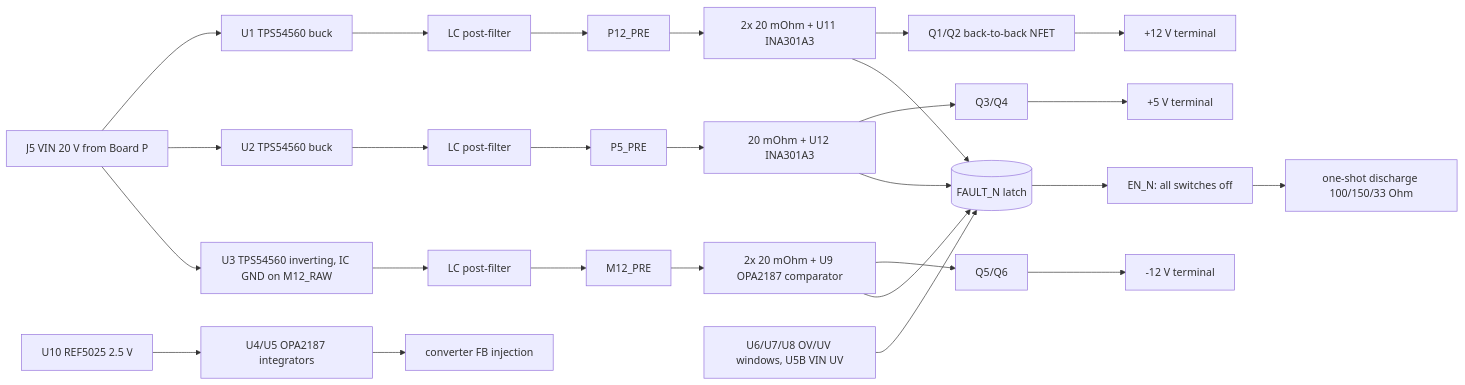
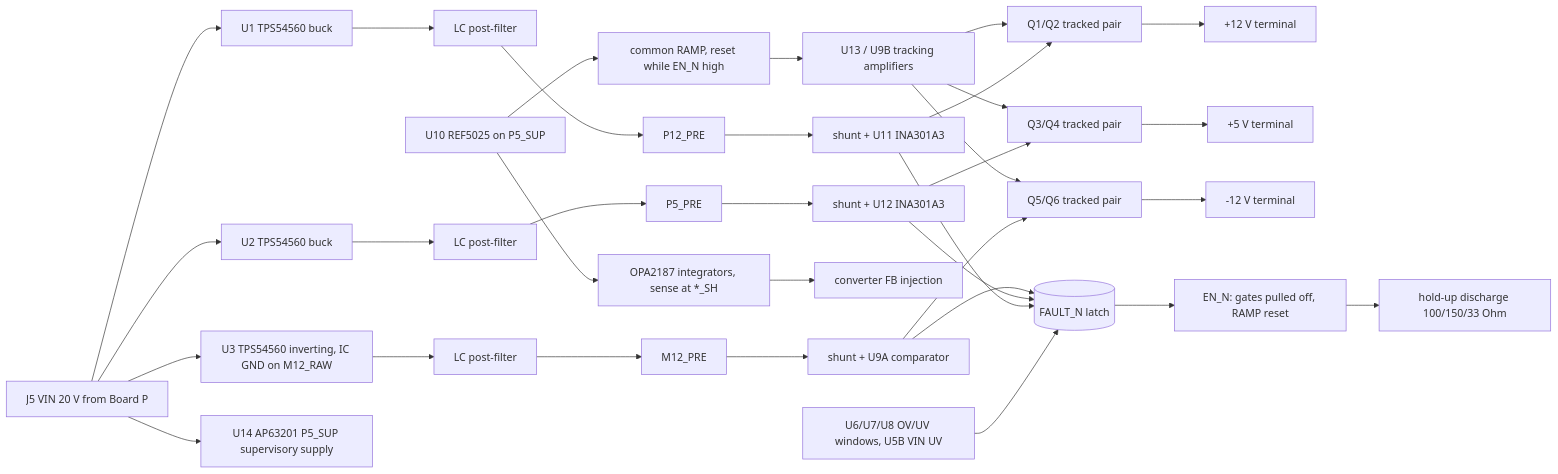
One commit to Takazudo/zudo-pd changed the diagram in manufacturing/board-b-20v-switcher-direct-draft.md. Above: the diagram before and after it, drawn with Mermaid. The commit also changed other lines of this file and 73 other files, not shown here.

````diff
--- a/manufacturing/board-b-20v-switcher-direct-draft.md
+++ b/manufacturing/board-b-20v-switcher-direct-draft.md
@@ -27,15 +30,19 @@
 ```mermaid
 flowchart LR
   VIN[J5 VIN 20 V from Board P] --> U1[U1 TPS54560 buck] --> F1[LC post-filter] --> P12[P12_PRE]
   VIN --> U2[U2 TPS54560 buck] --> F2[LC post-filter] --> P5[P5_PRE]
   VIN --> U3[U3 TPS54560 inverting, IC GND on M12_RAW] --> F3[LC post-filter] --> M12[M12_PRE]
-  P12 --> SH1[2x 20 mOhm + U11 INA301A3] --> SW1[Q1/Q2 back-to-back NFET] --> O12[+12 V terminal]
-  P5 --> SH2[20 mOhm + U12 INA301A3] --> SW2[Q3/Q4] --> O5[+5 V terminal]
-  M12 --> SH3[2x 20 mOhm + U9 OPA2187 comparator] --> SW3[Q5/Q6] --> OM12[-12 V terminal]
-  REF[U10 REF5025 2.5 V] --> SERVO[U4/U5 OPA2187 integrators] --> FB[converter FB injection]
+  VIN --> U14[U14 AP63201 P5_SUP supervisory supply]
+  P12 --> SH1[shunt + U11 INA301A3] --> SW1[Q1/Q2 tracked pair] --> O12[+12 V terminal]
+  P5 --> SH2[shunt + U12 INA301A3] --> SW2[Q3/Q4 tracked pair] --> O5[+5 V terminal]
+  M12 --> SH3[shunt + U9A comparator] --> SW3[Q5/Q6 tracked pair] --> OM12[-12 V terminal]
+  REF[U10 REF5025 on P5_SUP] --> SERVO[OPA2187 integrators, sense at *_SH] --> FB[converter FB injection]
+  REF --> RAMP[common RAMP, reset while EN_N high] --> TRK[U13 / U9B tracking amplifiers] --> SW1
+  TRK --> SW2
+  TRK --> SW3
   WIN[U6/U7/U8 OV/UV windows, U5B VIN UV] --> FLT[(FAULT_N latch)]
   SH1 --> FLT
   SH2 --> FLT
   SH3 --> FLT
-  FLT --> EN[EN_N: all switches off] --> DIS[one-shot discharge 100/150/33 Ohm]
+  FLT --> EN[EN_N: gates pulled off, RAMP reset] --> DIS[hold-up discharge 100/150/33 Ohm]
 ```
````
